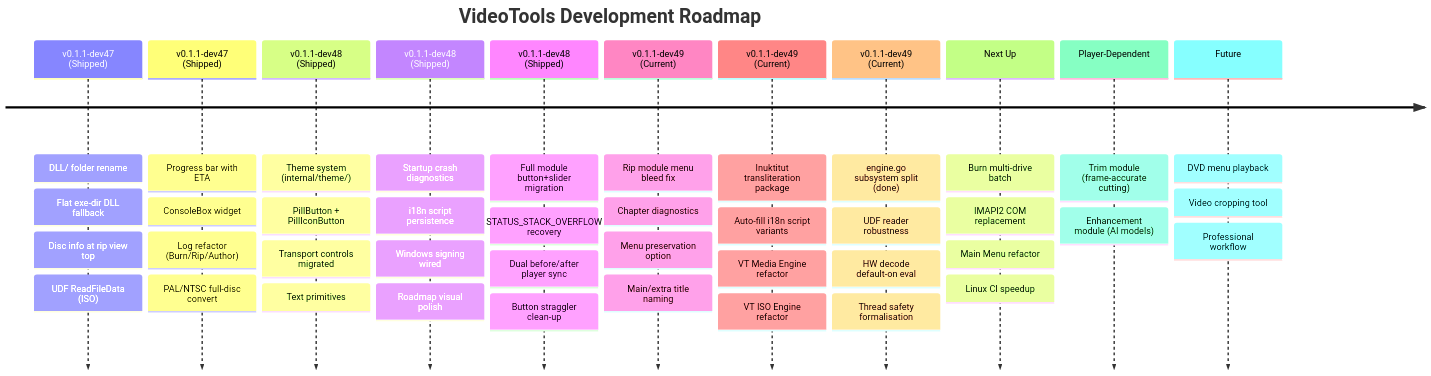
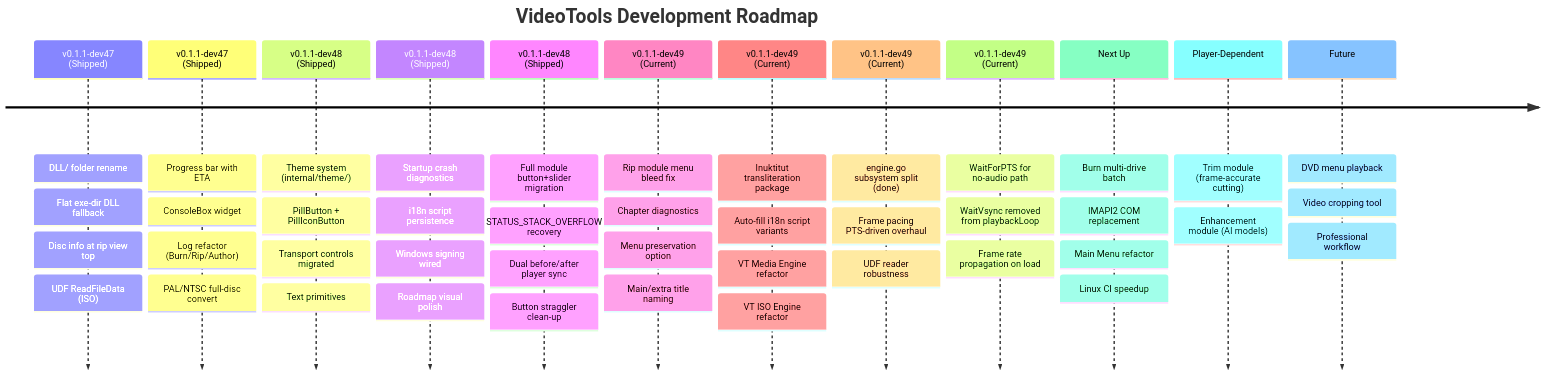
Before and after one commit to LeakTechnologies/VideoTools: the diagram in docs/ROADMAP.md, drawn with Mermaid. The commit also changed 7 other files, not shown here.

First line of the commit message:
Frame pacing: PTS-driven timing overhaul

````diff
--- a/docs/ROADMAP.md
+++ b/docs/ROADMAP.md
@@ -7,15 +7,16 @@
 ```mermaid
 timeline
     title VideoTools Development Roadmap
     v0.1.1-dev47 (Shipped) : DLL/ folder rename : Flat exe-dir DLL fallback : Disc info at rip view top : UDF ReadFileData (ISO)
     v0.1.1-dev47 (Shipped) : Progress bar with ETA : ConsoleBox widget : Log refactor (Burn/Rip/Author) : PAL/NTSC full-disc convert
     v0.1.1-dev48 (Shipped) : Theme system (internal/theme/) : PillButton + PillIconButton : Transport controls migrated : Text primitives
     v0.1.1-dev48 (Shipped) : Startup crash diagnostics : i18n script persistence : Windows signing wired : Roadmap visual polish
     v0.1.1-dev48 (Shipped) : Full module button+slider migration : STATUS_STACK_OVERFLOW recovery : Dual before/after player sync : Button straggler clean-up
     v0.1.1-dev49 (Current) : Rip module menu bleed fix : Chapter diagnostics : Menu preservation option : Main/extra title naming
     v0.1.1-dev49 (Current) : Inuktitut transliteration package : Auto-fill i18n script variants : VT Media Engine refactor : VT ISO Engine refactor
-    v0.1.1-dev49 (Current) : engine.go subsystem split (done) : UDF reader robustness : HW decode default-on eval : Thread safety formalisation
+    v0.1.1-dev49 (Current) : engine.go subsystem split (done) : Frame pacing PTS-driven overhaul : UDF reader robustness
+    v0.1.1-dev49 (Current) : WaitForPTS for no-audio path : WaitVsync removed from playbackLoop : Frame rate propagation on load
     Next Up : Burn multi-drive batch : IMAPI2 COM replacement : Main Menu refactor : Linux CI speedup
     Player-Dependent : Trim module (frame-accurate cutting) : Enhancement module (AI models)
     Future : DVD menu playback : Video cropping tool : Professional workflow
 ```
````
